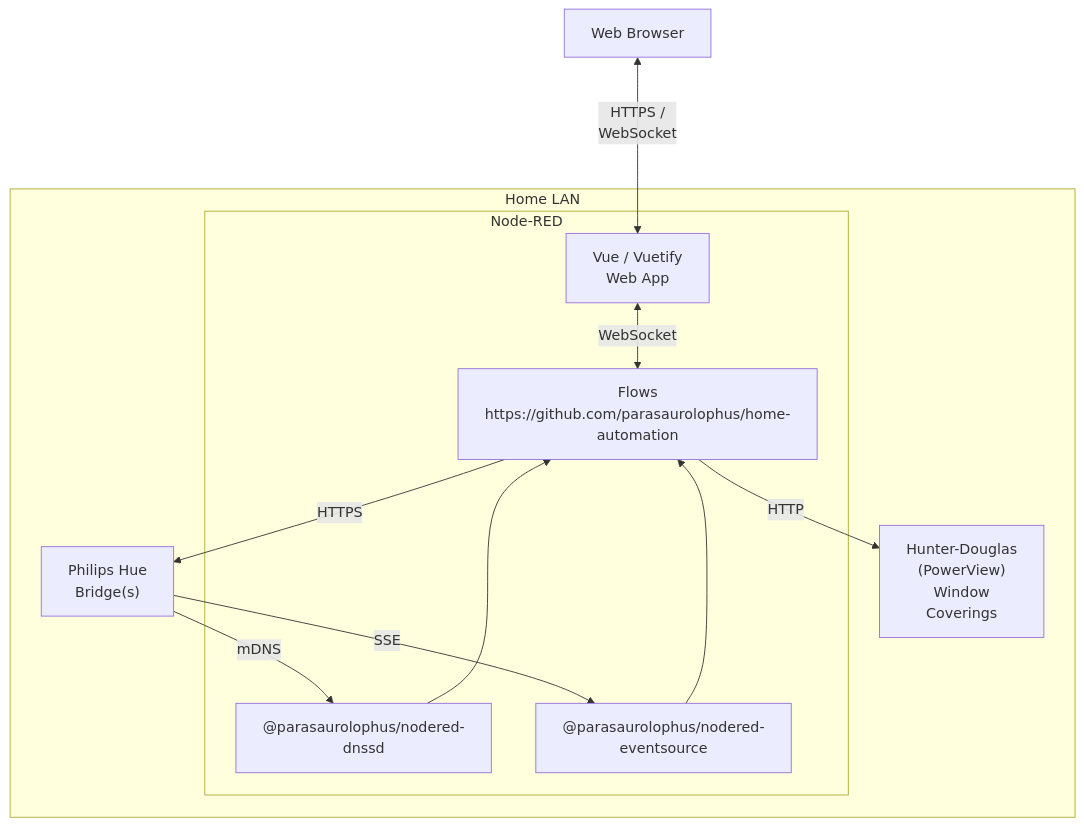
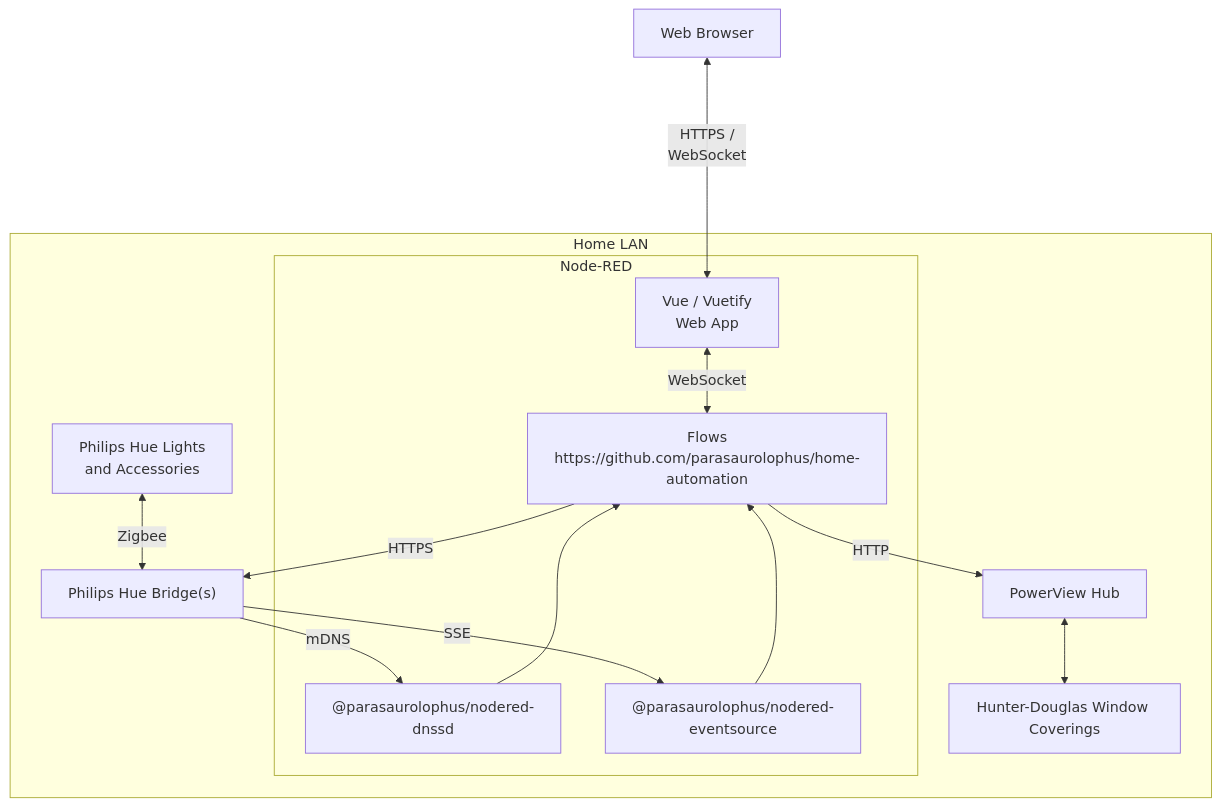
One commit to parasaurolophus/home-automation changed the diagram in README.md. Above: the diagram before and after it, drawn with Mermaid. The commit also changed other lines of this file, not shown here.

````diff
--- a/README.md
+++ b/README.md
@@ -5,37 +9,41 @@
 ```mermaid
 graph TB
 
     browser["Web Browser"]
 
     subgraph "Home LAN"
 
-        hue["Philips Hue\nBridge(s)"]
-        powerview["Hunter-Douglas\n(PowerView)\nWindow\nCoverings"]
+        huebridge["Philips Hue Bridge(s)"]
+        huedevice["Philips Hue Lights\nand Accessories"]
+        pvhub["PowerView Hub"]
+        pvdevice["Hunter-Douglas Window Coverings"]
 
         subgraph nodered["Node-RED"]
 
             vue["Vue / Vuetify\nWeb App"]
             flows["Flows\nhttps://github.com/parasaurolophus/home-automation"]
             dnssd["@parasaurolophus/nodered-dnssd"]
             eventsource["@parasaurolophus/nodered-eventsource"]
 
             vue <-- "WebSocket" --> flows
             dnssd --> flows
             eventsource --> flows
 
         end
 
-        flows -- HTTP --> powerview
-        flows -- "HTTPS" --> hue
-        hue -- "SSE" --> eventsource
-        hue -- "mDNS" --> dnssd
+        flows -- HTTP --> pvhub
+        flows -- "HTTPS" --> huebridge
+        huebridge -- "SSE" --> eventsource
+        huebridge -- "mDNS" --> dnssd
+        huedevice <-- "Zigbee" --> huebridge
+        pvhub <--> pvdevice
 
         click flows "https://github.com/parasaurolophus/home-automation" _blank
         click dnssd "https://flows.nodered.org/node/@parasaurolophus/node-red-dnssd" _blank
         click eventsource "https://flows.nodered.org/node/@parasaurolophus/node-red-eventsource" _blank
         click vue "https://github.com/parasaurolophus/home-automation/tree/main/dashboard" _blank
 
     end
 
-    browser <-- "HTTPS /\nWebSocket" ---> vue
+    browser <-- "HTTPS /\nWebSocket" ----> vue
 ```
````
